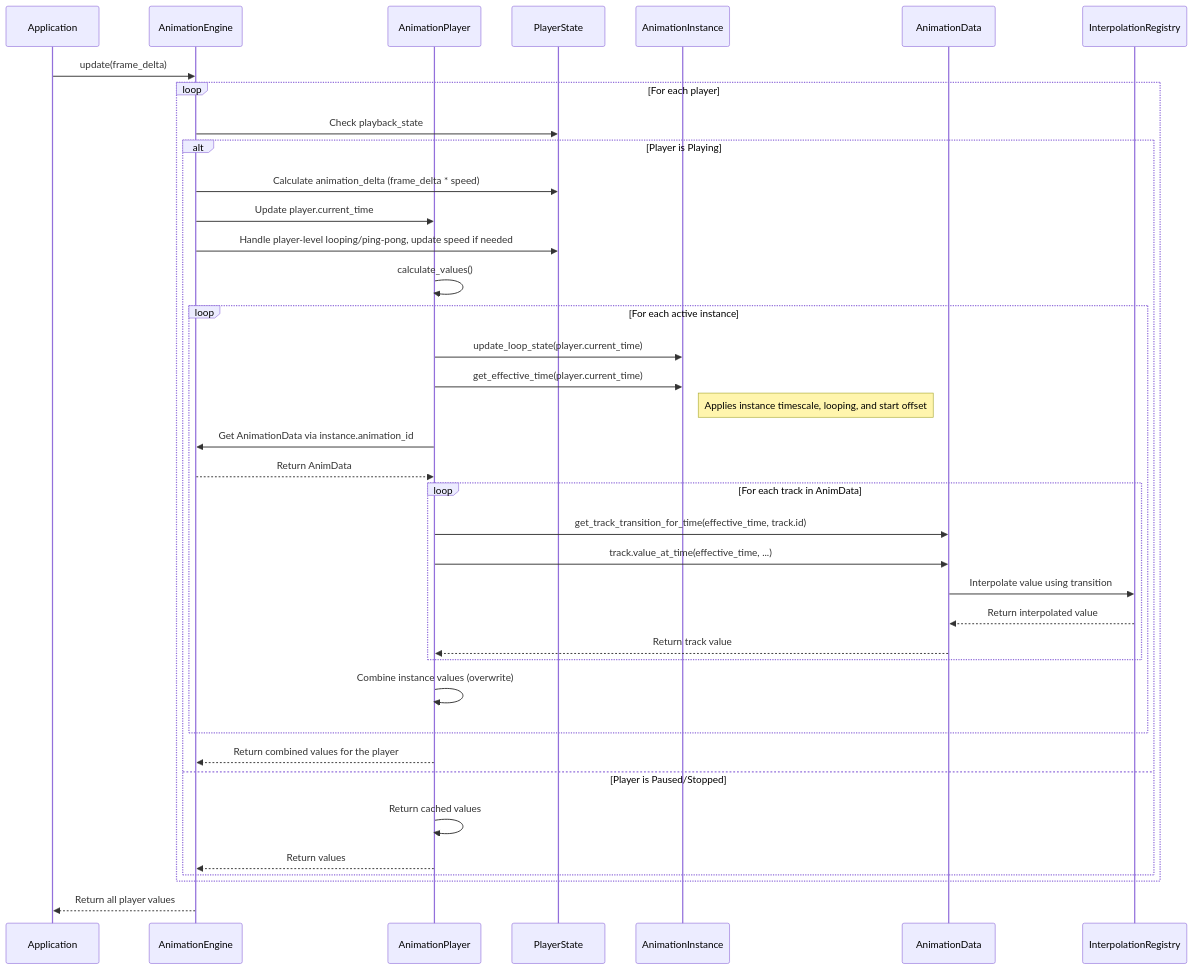
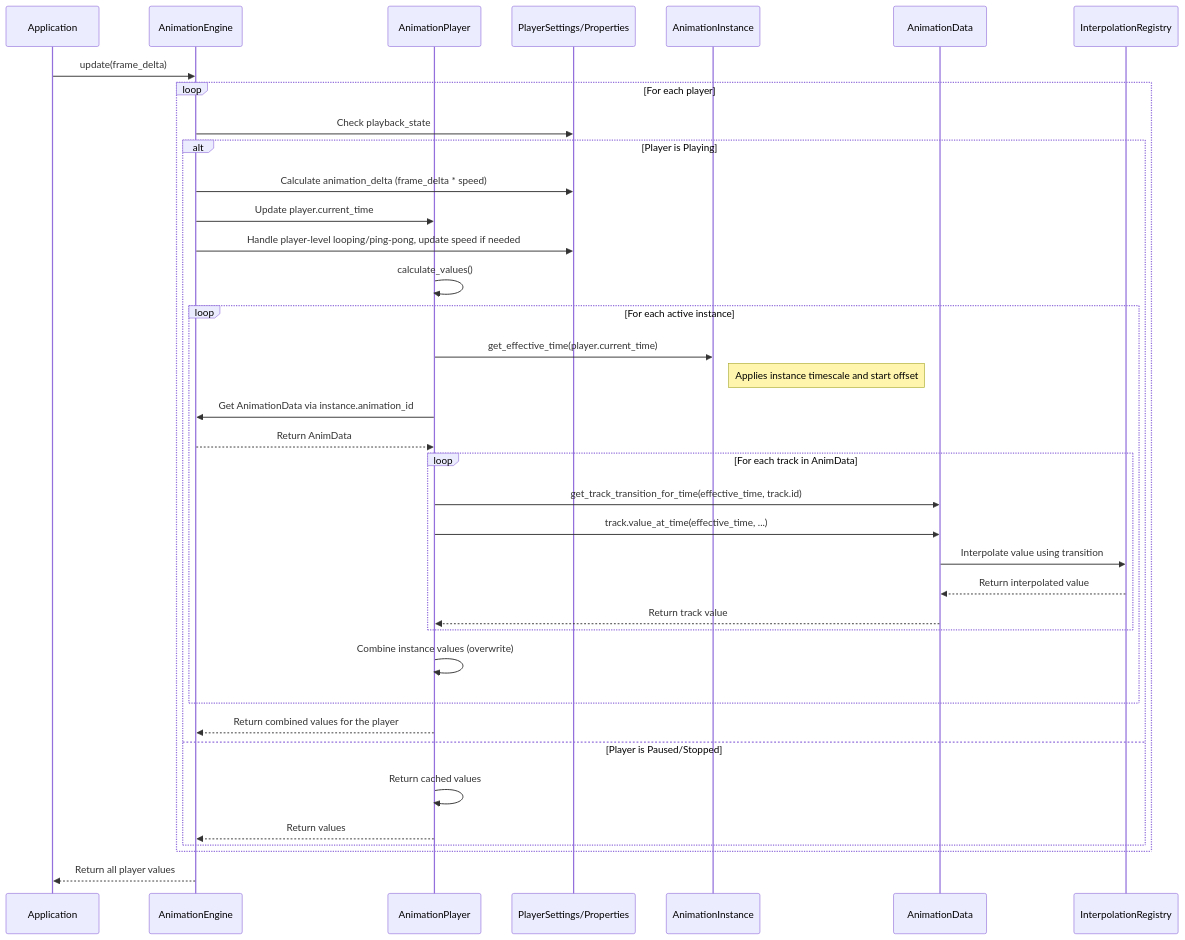
The second of 2 diagrams in crates/arora-animation/animation-player/Player.md (semio-ai/arora-sdk), drawn with Mermaid before and after one commit. The commit also changed other lines of this file and 13 other files, not shown here.

````diff
--- a/crates/arora-animation/animation-player/Player.md
+++ b/crates/arora-animation/animation-player/Player.md
@@ -72,49 +72,48 @@
 ```mermaid
 sequenceDiagram
     participant App as Application
     participant Engine as AnimationEngine
     participant Player as AnimationPlayer
-    participant PState as PlayerState
+    participant PState as PlayerSettings/Properties
     participant Instance as AnimationInstance
     participant AnimData as AnimationData
     participant InterpReg as InterpolationRegistry
 
     App->>Engine: update(frame_delta)
 
     loop For each player
         Engine->>PState: Check playback_state
         alt Player is Playing
             Engine->>PState: Calculate animation_delta (frame_delta * speed)
             Engine->>Player: Update player.current_time
             Engine->>PState: Handle player-level looping/ping-pong, update speed if needed
 
             Player->>Player: calculate_values()
 
             loop For each active instance
-                Player->>Instance: update_loop_state(player.current_time)
                 Player->>Instance: get_effective_time(player.current_time)
-                Note right of Instance: Applies instance timescale, looping, and start offset
+                Note right of Instance: Applies instance timescale and start offset
 
                 Player->>Engine: Get AnimationData via instance.animation_id
                 Engine-->>Player: Return AnimData
 
                 loop For each track in AnimData
                     Player->>AnimData: get_track_transition_for_time(effective_time, track.id)
                     Player->>AnimData: track.value_at_time(effective_time, ...)
                     AnimData->>InterpReg: Interpolate value using transition
                     InterpReg-->>AnimData: Return interpolated value
                     AnimData-->>Player: Return track value
                 end
 
                 Player->>Player: Combine instance values (overwrite)
             end
 
             Player-->>Engine: Return combined values for the player
         else Player is Paused/Stopped
             Player->>Player: Return cached values
             Player-->>Engine: Return values
         end
     end
 
     Engine-->>App: Return all player values
 ```
````
